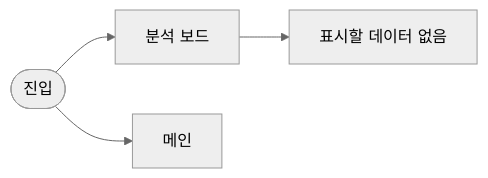
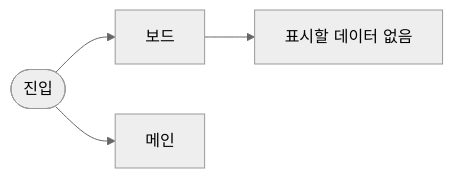
The ninth of 18 diagrams in docs/PBB-유저-흐름도.md (ohdeg/PBB), drawn with Mermaid (neutral theme) before and after one commit. The commit also changed other lines of this file and 13 other files, not shown here.

````diff
--- a/docs/PBB-유저-흐름도.md
+++ b/docs/PBB-유저-흐름도.md
@@ -174,6 +174,6 @@
 ```mermaid
 flowchart LR
-    enter([진입]) --> board[분석 보드]
+    enter([진입]) --> board[보드]
     board --> empty[표시할 데이터 없음]
     enter --> back[메인]
 ```
````
